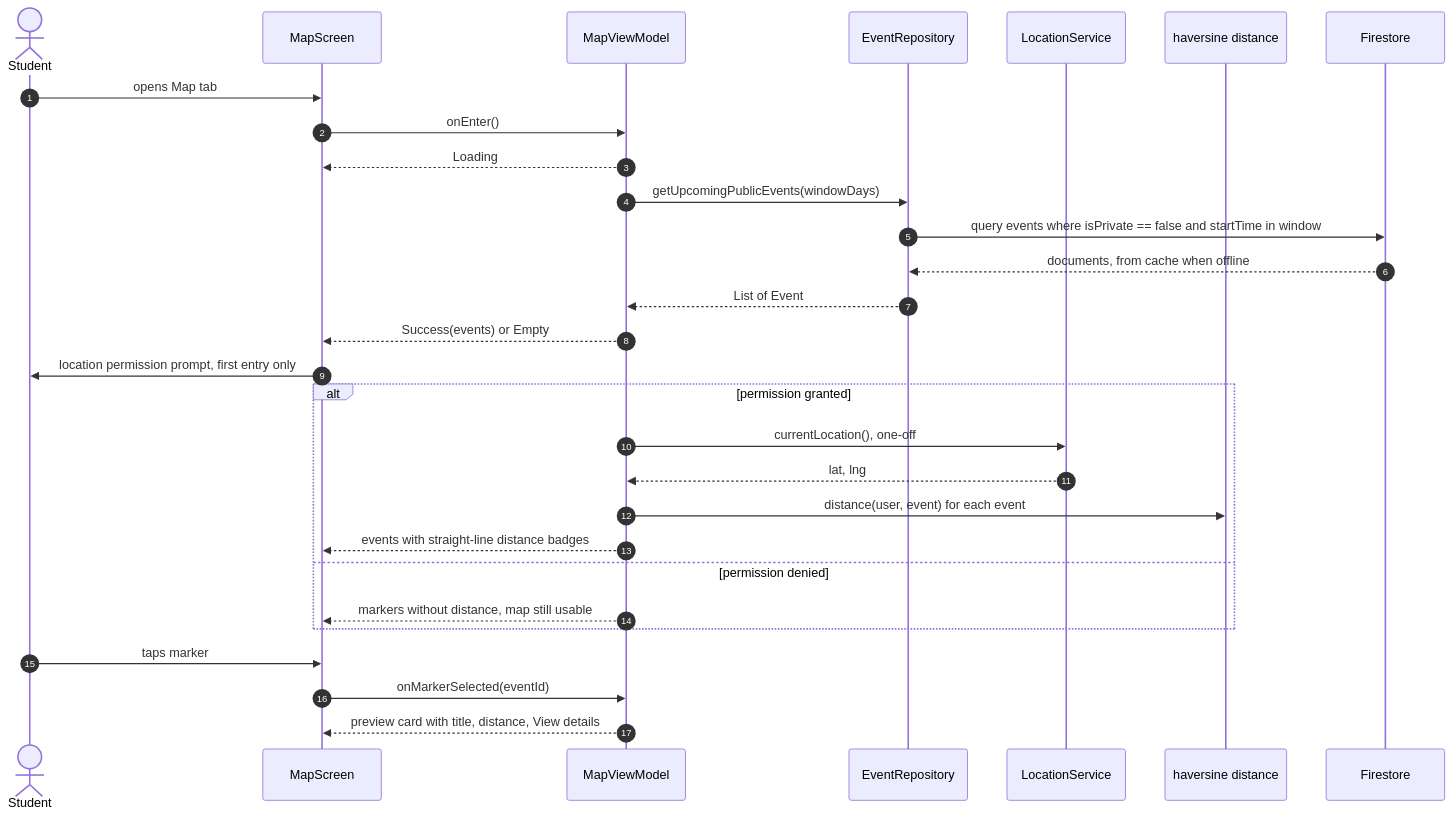
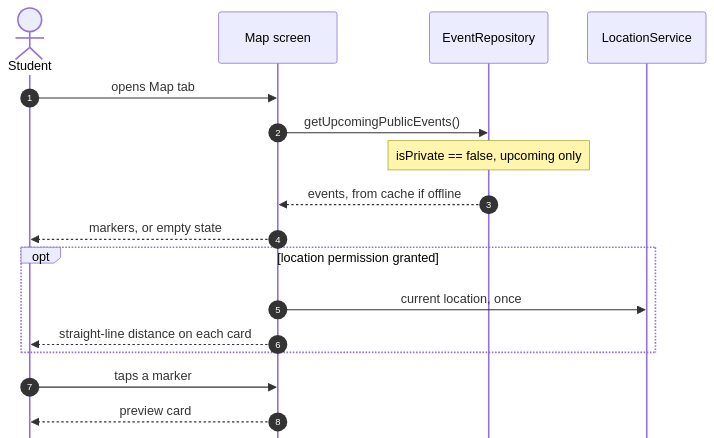
Before and after one commit to swent-polysocial/PolySocial: the ninth of 11 diagrams in docs/Architecture-Diagram.md, drawn with Mermaid. The commit also changed other lines of this file, not shown here.

First line of the commit message:
docs: simplify key flows and data model

````diff
--- a/docs/Architecture-Diagram.md
+++ b/docs/Architecture-Diagram.md
@@ -445,32 +436,20 @@
 ```mermaid
+%%{init: {"sequence": {"mirrorActors": false, "actorFontSize": 15, "messageFontSize": 15, "noteFontSize": 14}}}%%
 sequenceDiagram
   autonumber
   actor S as Student
-  participant M as MapScreen
-  participant VM as MapViewModel
+  participant App as Map screen
   participant ER as EventRepository
   participant LS as LocationService
-  participant D as haversine distance
-  participant FS as Firestore
-
-  S->>M: opens Map tab
-  M->>VM: onEnter()
-  VM-->>M: Loading
-  VM->>ER: getUpcomingPublicEvents(windowDays)
-  ER->>FS: query events where isPrivate == false and startTime in window
-  FS-->>ER: documents, from cache when offline
-  ER-->>VM: List of Event
-  VM-->>M: Success(events) or Empty
-  M->>S: location permission prompt, first entry only
-  alt permission granted
-    VM->>LS: currentLocation(), one-off
-    LS-->>VM: lat, lng
-    VM->>D: distance(user, event) for each event
-    VM-->>M: events with straight-line distance badges
-  else permission denied
-    VM-->>M: markers without distance, map still usable
+  S->>App: opens Map tab
+  App->>ER: getUpcomingPublicEvents()
+  Note over ER: isPrivate == false, upcoming only
+  ER-->>App: events, from cache if offline
+  App-->>S: markers, or empty state
+  opt location permission granted
+    App->>LS: current location, once
+    App-->>S: straight-line distance on each card
   end
-  S->>M: taps marker
-  M->>VM: onMarkerSelected(eventId)
-  VM-->>M: preview card with title, distance, View details
+  S->>App: taps a marker
+  App-->>S: preview card
 ```
````
